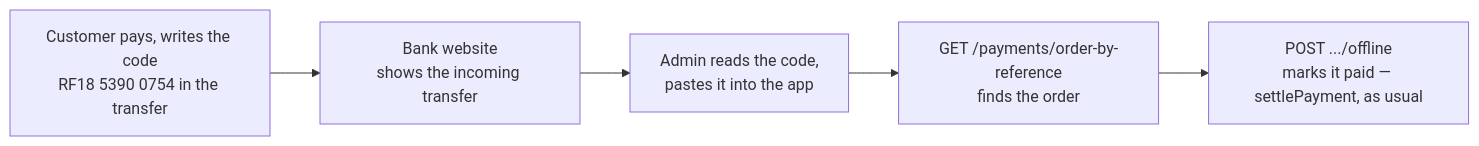
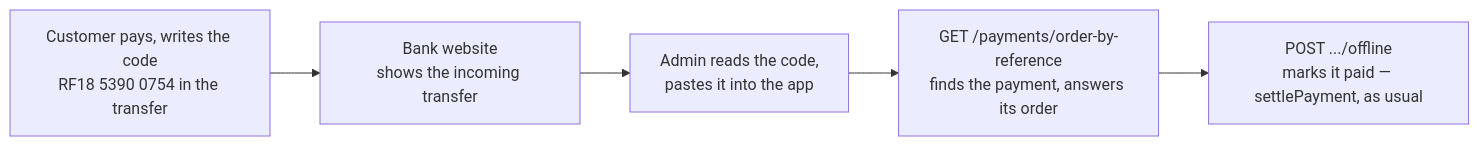
The ninth of 12 diagrams in docs/modules/payments.md (Guebbit/boilerplate-node-backend), drawn with Mermaid before and after one commit. The commit also changed other lines of this file and 60 other files, not shown here.

First line of the commit message:
refactor(payments)!: payments owns the bank transfer, its payment and its mails

````diff
--- a/docs/modules/payments.md
+++ b/docs/modules/payments.md
@@ -472,7 +483,7 @@
 ```mermaid
 flowchart LR
     C["Customer pays, writes the code<br/>RF18 5390 0754 in the transfer"] --> B["Bank website<br/>shows the incoming transfer"]
     B --> A["Admin reads the code,<br/>pastes it into the app"]
-    A --> L["GET /payments/order-by-reference<br/>finds the order"]
+    A --> L["GET /payments/order-by-reference<br/>finds the payment, answers its order"]
     L --> P["POST .../offline<br/>marks it paid — settlePayment, as usual"]
 ```
````
